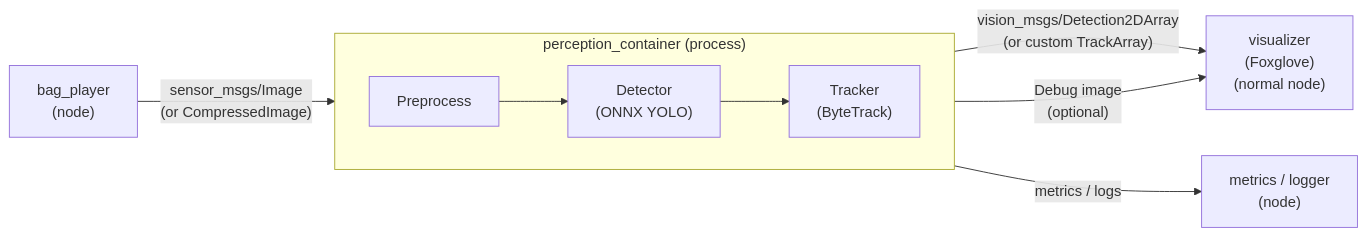
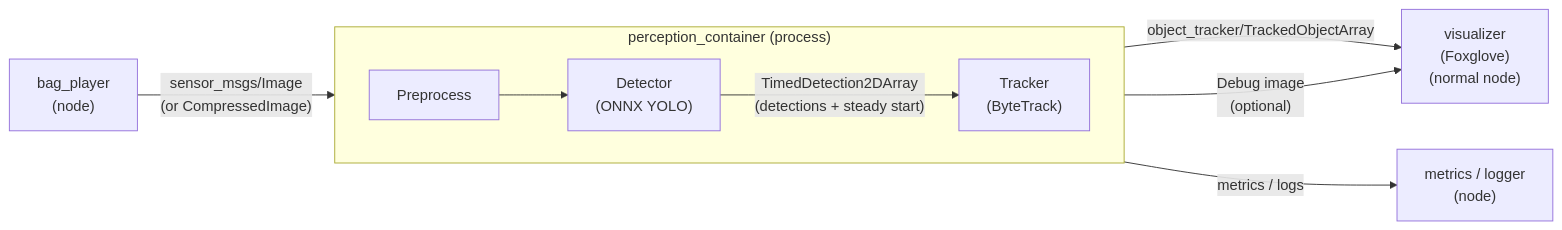
One commit to jacobnzw/ros2-mot-pipeline changed the diagram in docs/architecture.md. Above: the diagram before and after it, drawn with Mermaid. The commit also changed other lines of this file and 9 other files, not shown here.

````diff
--- a/docs/architecture.md
+++ b/docs/architecture.md
@@ -3,13 +3,14 @@
 ```mermaid
 flowchart LR
     BP["bag_player<br/>(node)"] -->|"sensor_msgs/Image<br/>(or CompressedImage)"| PCSG
 
     subgraph PCSG["perception_container (process)"]
         direction LR
-        P["Preprocess<br/>"] --> D["Detector<br/>(ONNX YOLO)"] --> T["Tracker<br/>(ByteTrack)"]
+        P["Preprocess<br/>"] --> D["Detector<br/>(ONNX YOLO)"]
+        D -->|"TimedDetection2DArray<br/>(detections + steady start)"| T["Tracker<br/>(ByteTrack)"]
     end
 
-    T -->|"vision_msgs/Detection2DArray<br/>(or custom TrackArray)"| V["visualizer<br/>(Foxglove)<br/>(normal node)"]
+    T -->|"object_tracker/TrackedObjectArray"| V["visualizer<br/>(Foxglove)<br/>(normal node)"]
     T -->|"Debug image<br/>(optional)"| V
     T -->|"metrics / logs"| M["metrics / logger <br/>(node)"]
 ```
````
